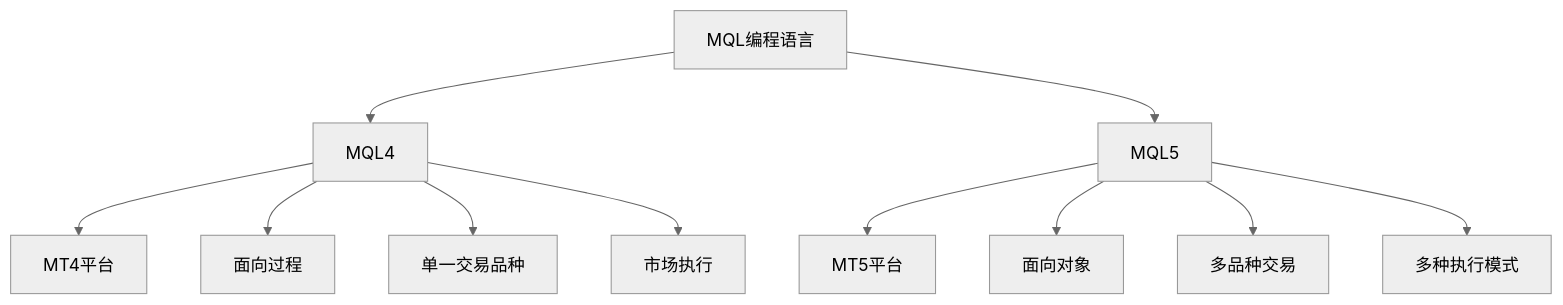
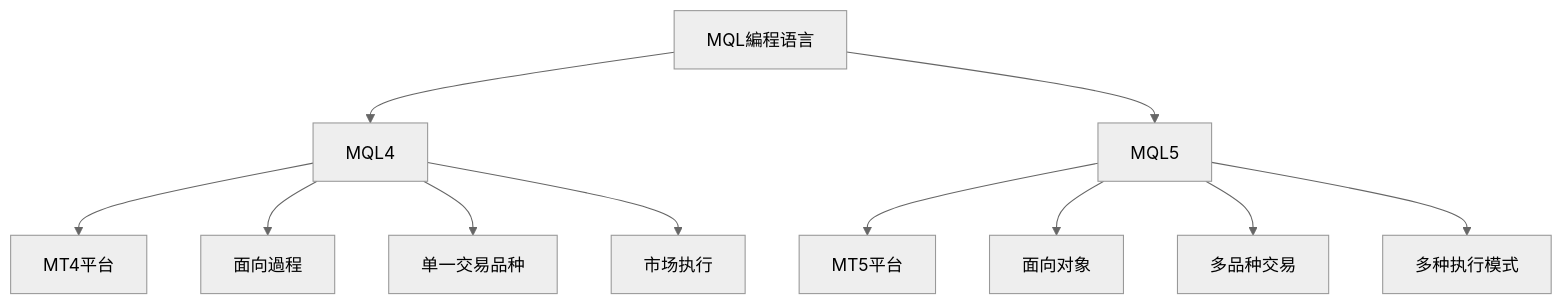
The first of 4 diagrams in 3 Resources/01-Tech/Programming/MQL4-MQL5/MQL4与MQL5知识库导航.md (kmjade/knowledge-value), drawn with Mermaid (neutral theme) before and after one commit. The commit also changed other lines of this file and 653 other files, not shown here.

````diff
--- a/3 Resources/01-Tech/Programming/MQL4-MQL5/MQL4与MQL5知识库导航.md
+++ b/3 Resources/01-Tech/Programming/MQL4-MQL5/MQL4与MQL5知识库导航.md
@@ -23,15 +23,15 @@
 ```mermaid
 graph TB
-    A[MQL编程语言] --> B[MQL4]
+    A[MQL編程语言] --> B[MQL4]
     A --> C[MQL5]
     
     B --> B1[MT4平台]
-    B --> B2[面向过程]
+    B --> B2[面向過程]
     B --> B3[单一交易品种]
     B --> B4[市场执行]
     
     C --> C1[MT5平台]
     C --> C2[面向对象]
     C --> C3[多品种交易]
     C --> C4[多种执行模式]
 ```
````
